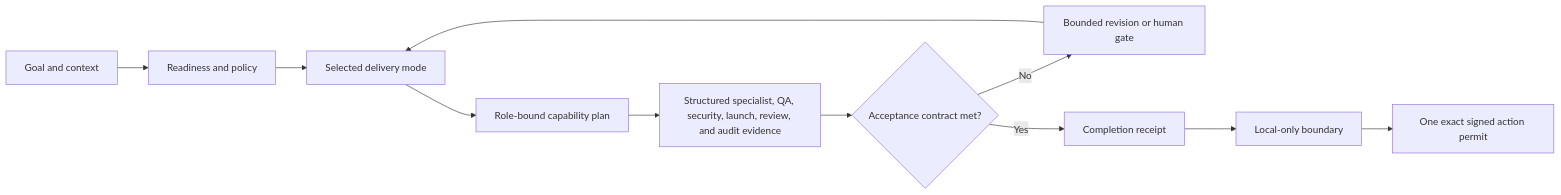
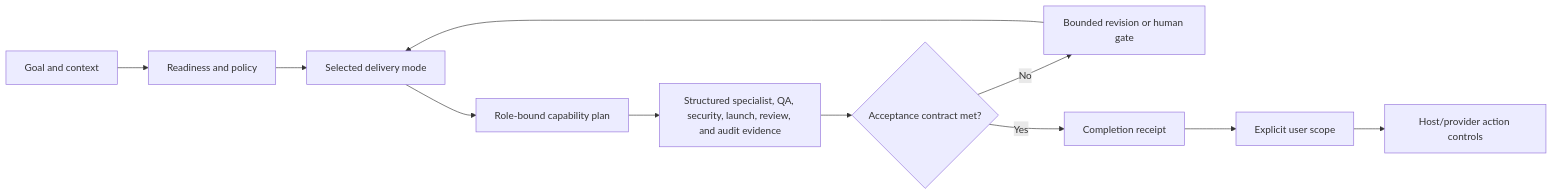
One commit to JarodFroneman/jstack changed the first of 2 diagrams in README.md. Above: the diagram before and after it, drawn with Mermaid. The commit also changed other lines of this file and 110 other files, not shown here.

````diff
--- a/README.md
+++ b/README.md
@@ -101,13 +101,13 @@
 ```mermaid
 flowchart LR
     A[Goal and context] --> B[Readiness and policy]
     B --> C[Selected delivery mode]
     C --> K[Role-bound capability plan]
     K --> D[Structured specialist, QA, security, launch, review, and audit evidence]
     D --> E{Acceptance contract met?}
     E -- No --> F[Bounded revision or human gate]
     F --> C
     E -- Yes --> G[Completion receipt]
-    G --> H[Local-only boundary]
-    H --> I[One exact signed action permit]
+    G --> H[Explicit user scope]
+    H --> I[Host/provider action controls]
 ```
````
